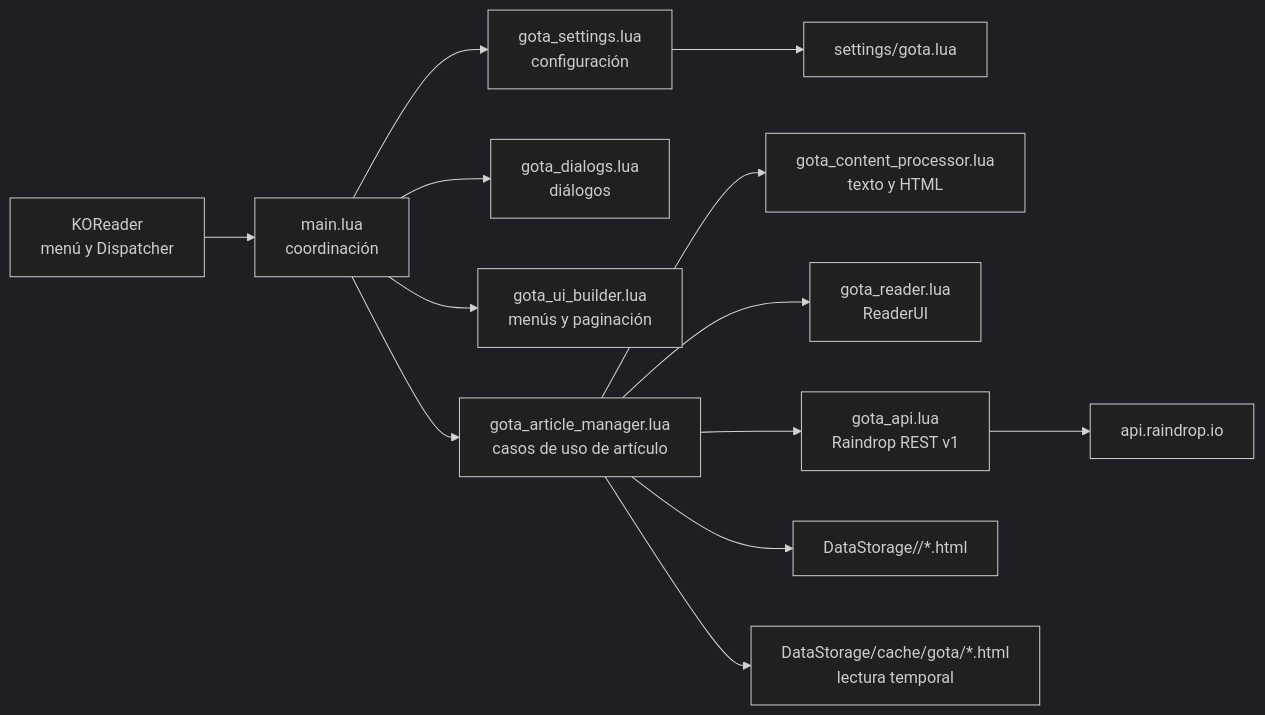
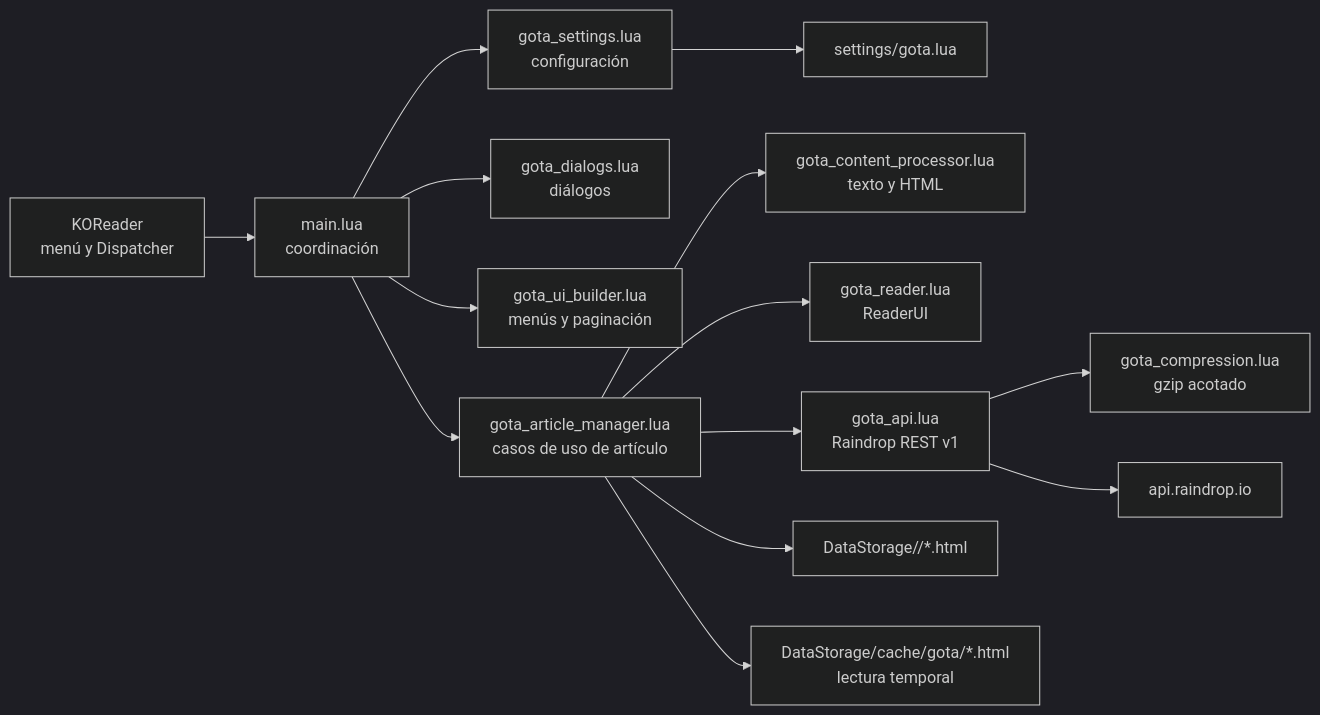
Before and after one commit to cristenger/gota.koplugin-for-raindrop: the first of 2 diagrams in gota.koplugin/ARCHITECTURE.md, drawn with Mermaid (dark theme). The commit also changed other lines of this file and 6 other files, not shown here.

````diff
--- a/gota.koplugin/ARCHITECTURE.md
+++ b/gota.koplugin/ARCHITECTURE.md
@@ -13,15 +13,16 @@
 ```mermaid
 flowchart LR
     K["KOReader<br/>menú y Dispatcher"] --> M["main.lua<br/>coordinación"]
     M --> S["gota_settings.lua<br/>configuración"]
     M --> D["gota_dialogs.lua<br/>diálogos"]
     M --> U["gota_ui_builder.lua<br/>menús y paginación"]
     M --> A["gota_article_manager.lua<br/>casos de uso de artículo"]
     A --> C["gota_content_processor.lua<br/>texto y HTML"]
     A --> R["gota_reader.lua<br/>ReaderUI"]
     A --> P["gota_api.lua<br/>Raindrop REST v1"]
+    P --> Z["gota_compression.lua<br/>gzip acotado"]
     P --> X["api.raindrop.io"]
     S --> F["settings/gota.lua"]
     A --> H["DataStorage/<download_path>/*.html"]
     A --> T["DataStorage/cache/gota/*.html<br/>lectura temporal"]
 ```
````
